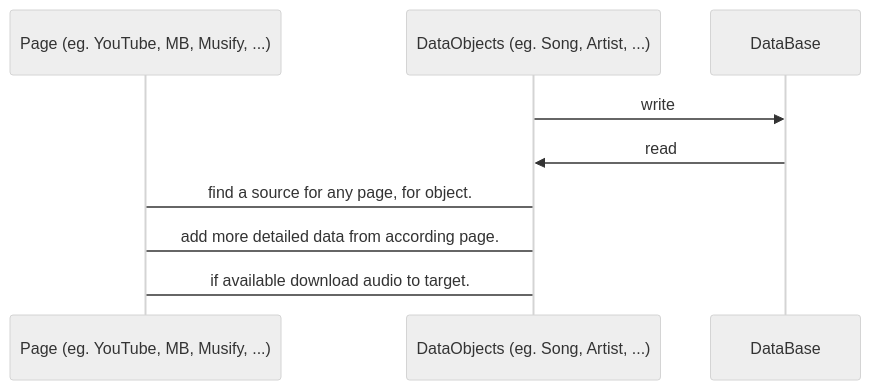
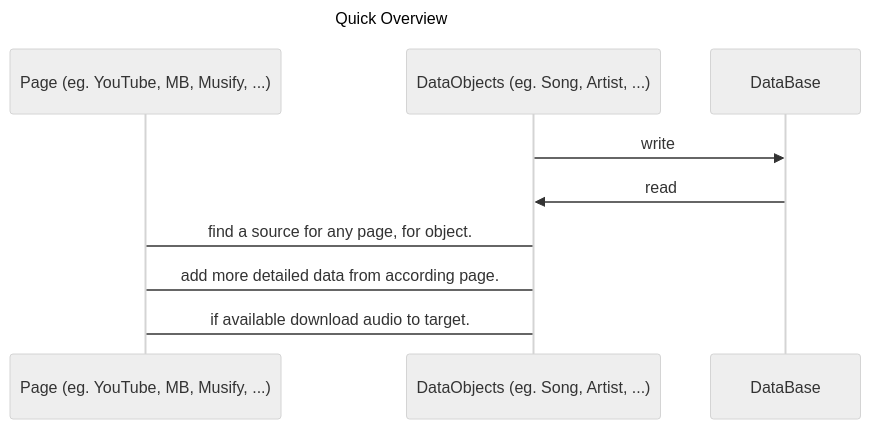
Before and after one commit to HeIIow2/music-downloader: the first of 3 diagrams in README.md, drawn with Mermaid (neutral theme). The commit also changed other lines of this file, not shown here.

````diff
--- a/README.md
+++ b/README.md
@@ -83,14 +87,17 @@
 ```mermaid
+---
+title: Quick Overview
+---
 sequenceDiagram
 
 participant pg as Page (eg. YouTube, MB, Musify, ...)
 participant obj as DataObjects (eg. Song, Artist, ...)
 participant db as DataBase
 
 obj ->> db: write
 db ->> obj: read
 
 pg -> obj: find a source for any page, for object.
 obj -> pg: add more detailed data from according page.
 obj -> pg: if available download audio to target.
 ```
````
